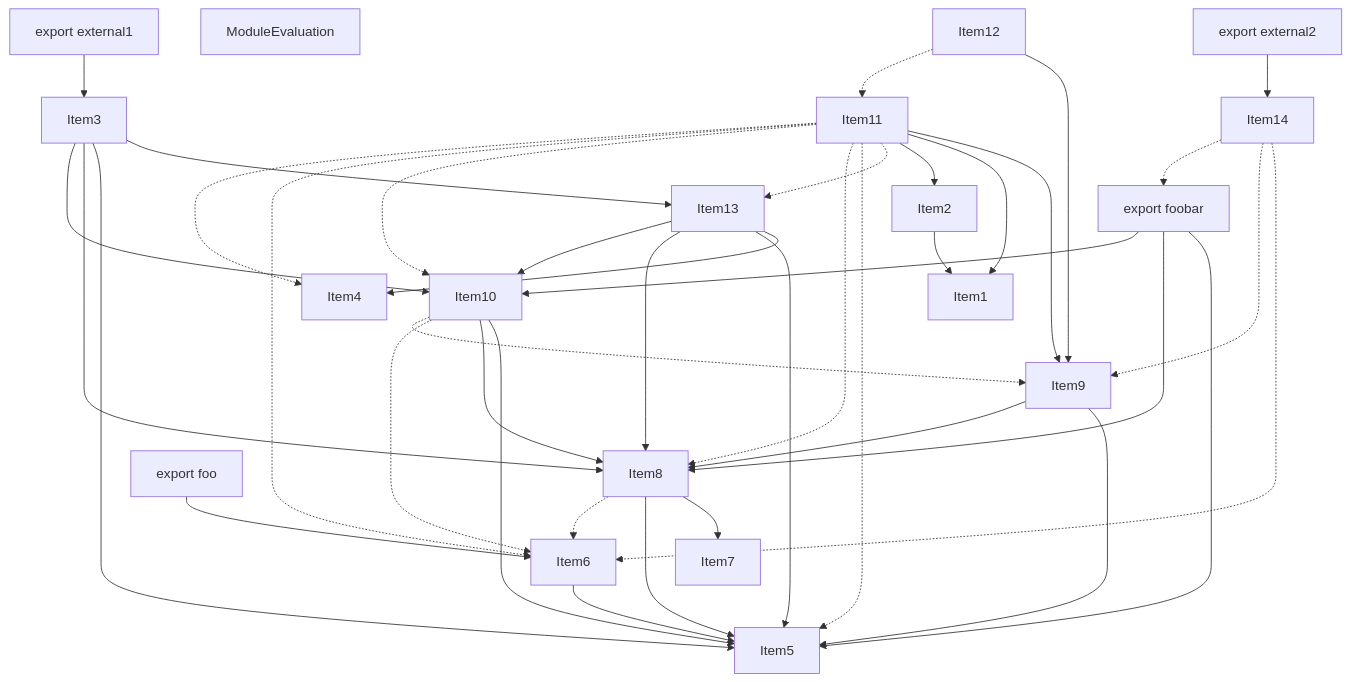
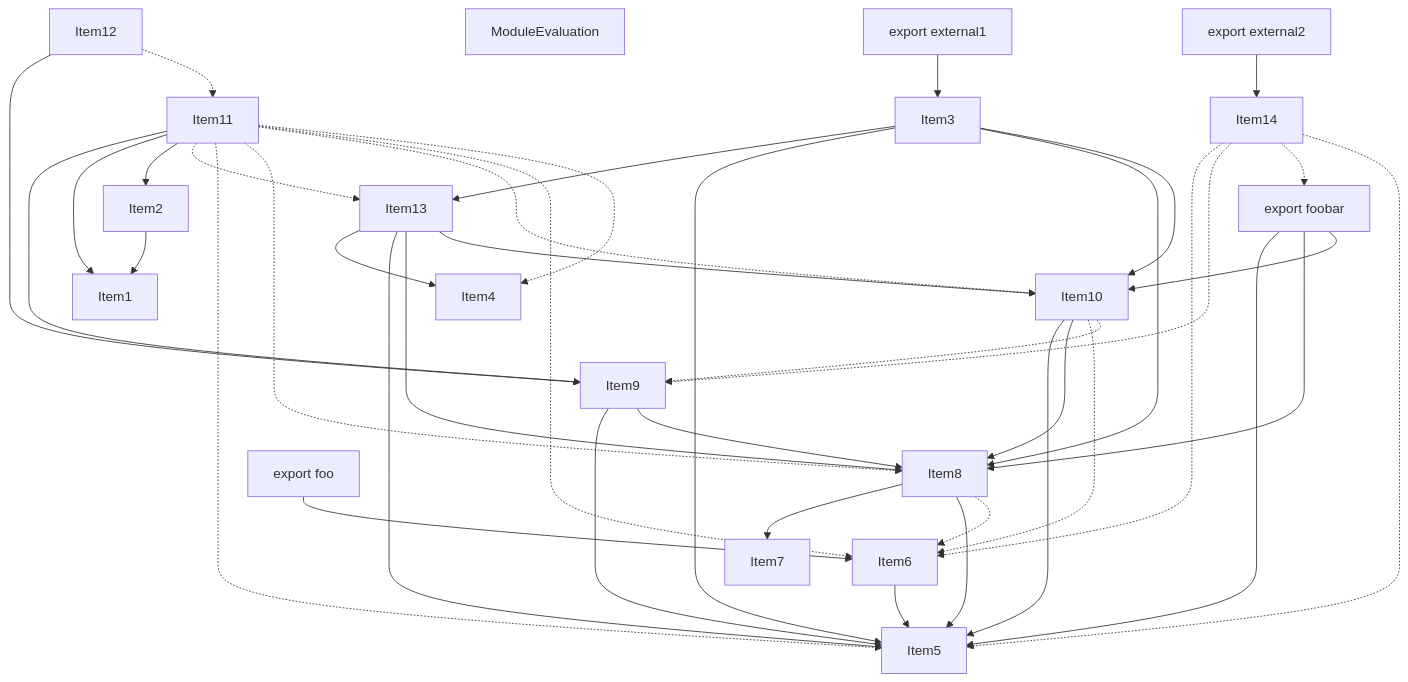
The third of 5 diagrams in crates/turbopack-ecmascript/tests/tree-shaker/analyzer/2/output.md (vercel/turborepo), drawn with Mermaid before and after one commit. The commit also changed other lines of this file and 3 other files, not shown here.

````diff
--- a/crates/turbopack-ecmascript/tests/tree-shaker/analyzer/2/output.md
+++ b/crates/turbopack-ecmascript/tests/tree-shaker/analyzer/2/output.md
@@ -245,66 +245,67 @@
 ```mermaid
 graph TD
     Item3;
     Item1;
     Item4;
     Item5;
     Item6;
     Item7;
     Item8;
     Item9;
     Item10;
     Item11;
     Item12;
     Item13;
     Item14;
     Item2;
     Item15;
     Item15["ModuleEvaluation"];
     Item16;
     Item16["export external1"];
     Item17;
     Item17["export foobar"];
     Item18;
     Item18["export foo"];
     Item19;
     Item19["export external2"];
     Item2 --> Item1;
     Item6 --> Item5;
     Item8 --> Item7;
     Item8 --> Item5;
     Item8 -.-> Item6;
     Item9 --> Item5;
     Item9 --> Item8;
     Item10 --> Item5;
     Item10 --> Item8;
     Item10 -.-> Item6;
     Item10 -.-> Item9;
     Item11 --> Item9;
     Item11 --> Item1;
     Item11 --> Item2;
     Item11 -.-> Item13;
     Item11 -.-> Item5;
     Item11 -.-> Item8;
     Item11 -.-> Item10;
     Item11 -.-> Item6;
     Item11 -.-> Item4;
     Item12 --> Item9;
     Item12 -.-> Item11;
     Item16 --> Item3;
     Item17 --> Item5;
     Item17 --> Item8;
     Item17 --> Item10;
     Item18 --> Item6;
     Item19 --> Item14;
     Item3 --> Item13;
     Item3 --> Item5;
     Item3 --> Item8;
     Item3 --> Item10;
     Item13 --> Item4;
     Item13 --> Item5;
     Item13 --> Item8;
     Item13 --> Item10;
     Item14 -.-> Item6;
     Item14 -.-> Item9;
     Item14 -.-> Item17;
+    Item14 -.-> Item5;
 ```
````
